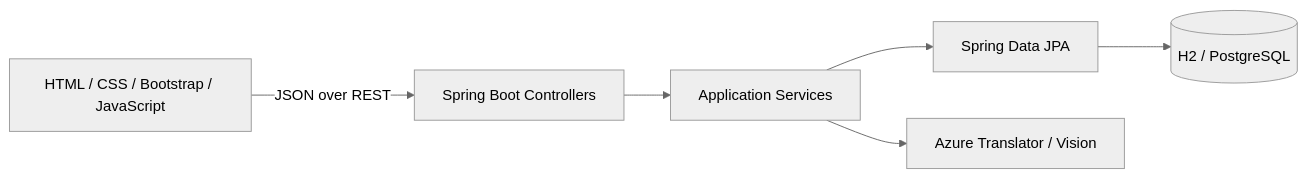
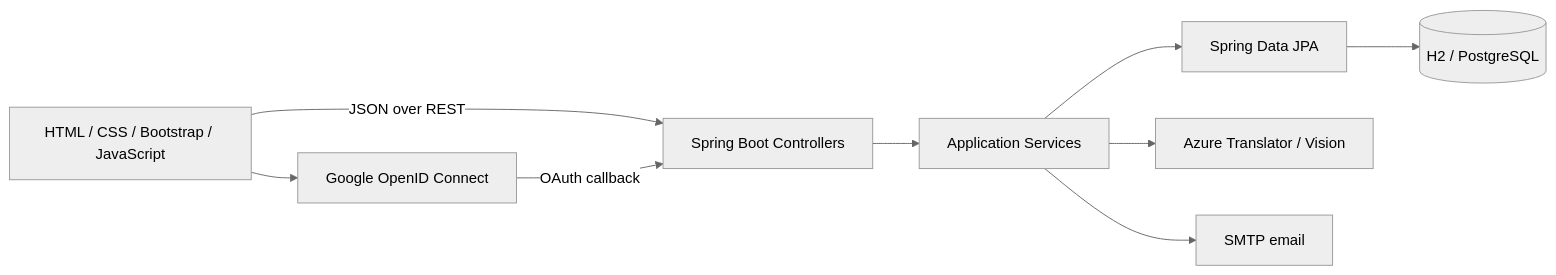
One commit to QuanVu512/flashcard changed the diagram in README.md. Above: the diagram before and after it, drawn with Mermaid (neutral theme). The commit also changed other lines of this file and 3 other files, not shown here.

````diff
--- a/README.md
+++ b/README.md
@@ -27,8 +28,11 @@
 ```mermaid
 flowchart LR
     UI[HTML / CSS / Bootstrap / JavaScript] -->|JSON over REST| API[Spring Boot Controllers]
     API --> SERVICE[Application Services]
     SERVICE --> REPO[Spring Data JPA]
     REPO --> DB[(H2 / PostgreSQL)]
     SERVICE --> AZURE[Azure Translator / Vision]
+    SERVICE --> SMTP[SMTP email]
+    UI --> GOOGLE[Google OpenID Connect]
+    GOOGLE -->|OAuth callback| API
 ```
````
